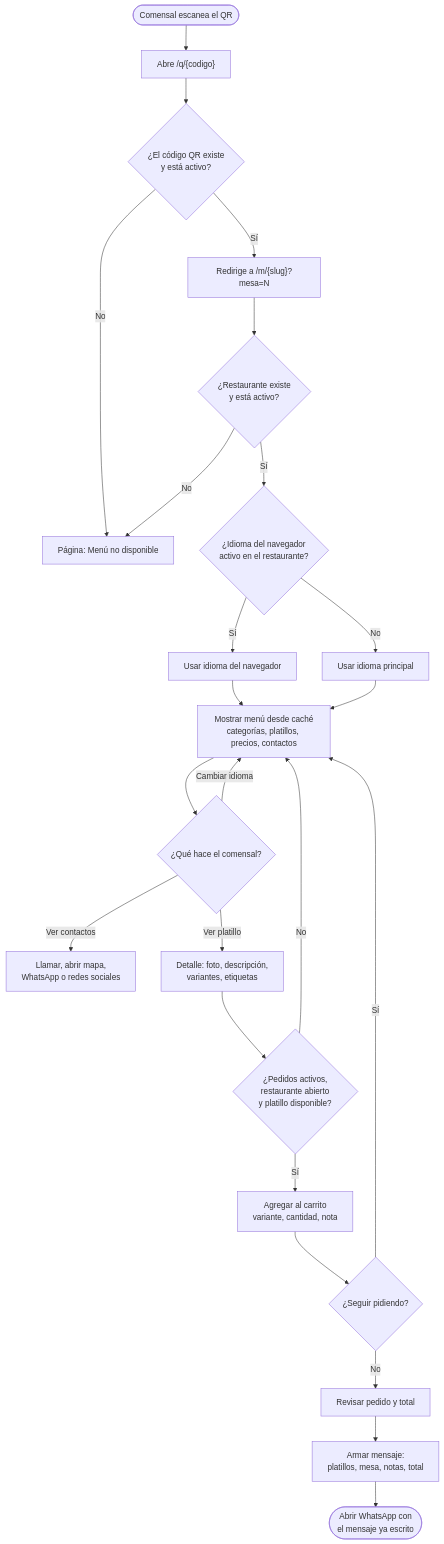
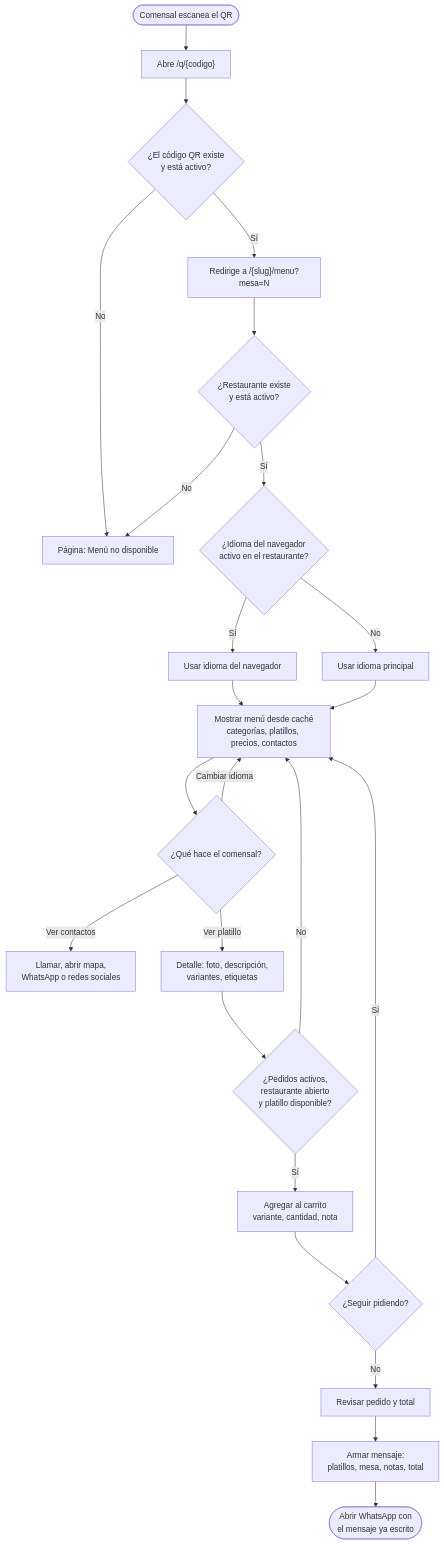
Before and after one commit to MarioJavaScript/menuonl: the second of 5 diagrams in docs/01-especificacion.md, drawn with Mermaid. The commit also changed other lines of this file and 24 other files, not shown here.

Commit message:
direcciones limpias: sitio en /{slug}, menu en /{slug}/menu y slugs reservados

````diff
--- a/docs/01-especificacion.md
+++ b/docs/01-especificacion.md
@@ -325,26 +325,26 @@
 ```mermaid
 flowchart TD
     A([Comensal escanea el QR]) --> B["Abre /q/{codigo}"]
     B --> C{¿El código QR existe<br/>y está activo?}
     C -- No --> X[Página: Menú no disponible]
-    C -- Sí --> D["Redirige a /m/{slug}?mesa=N"]
+    C -- Sí --> D["Redirige a /{slug}/menu?mesa=N"]
     D --> E{¿Restaurante existe<br/>y está activo?}
     E -- No --> X
     E -- Sí --> F{¿Idioma del navegador<br/>activo en el restaurante?}
     F -- Sí --> G[Usar idioma del navegador]
     F -- No --> H[Usar idioma principal]
     G --> I[Mostrar menú desde caché<br/>categorías, platillos, precios, contactos]
     H --> I
     I --> J{¿Qué hace el comensal?}
     J -- Ver contactos --> K[Llamar, abrir mapa,<br/>WhatsApp o redes sociales]
     J -- Cambiar idioma --> I
     J -- Ver platillo --> L[Detalle: foto, descripción,<br/>variantes, etiquetas]
     L --> M{¿Pedidos activos,<br/>restaurante abierto<br/>y platillo disponible?}
     M -- No --> I
     M -- Sí --> N[Agregar al carrito<br/>variante, cantidad, nota]
     N --> O{¿Seguir pidiendo?}
     O -- Sí --> I
     O -- No --> P[Revisar pedido y total]
     P --> Q[Armar mensaje:<br/>platillos, mesa, notas, total]
     Q --> R([Abrir WhatsApp con<br/>el mensaje ya escrito])
 ```
````
